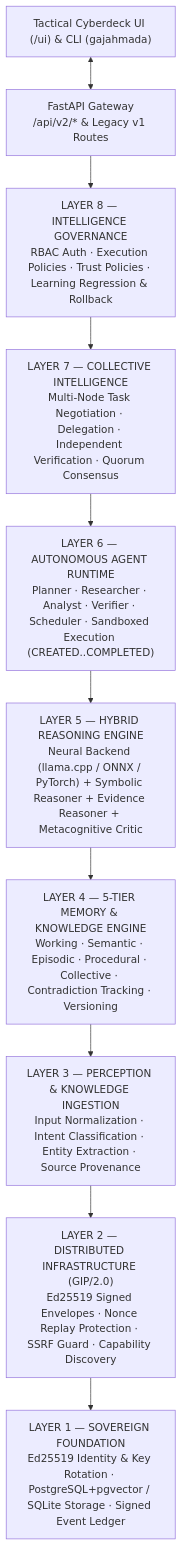
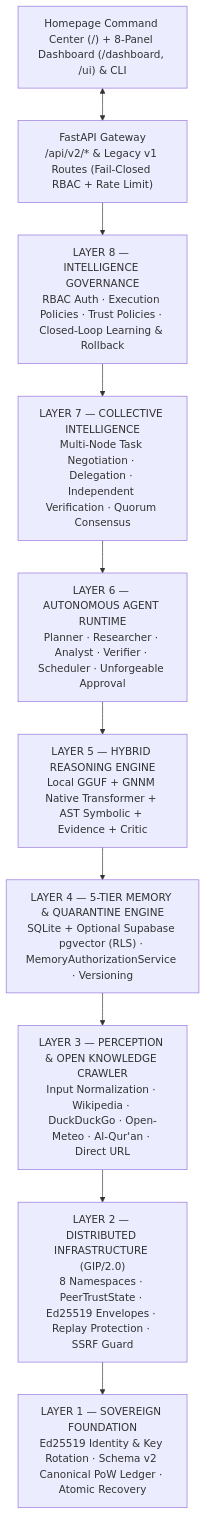
The diagram in README.md (hoed/gajahmada-ai), drawn with Mermaid before and after one commit. The commit also changed other lines of this file, not shown here.

````diff
--- a/README.md
+++ b/README.md
@@ -98,12 +98,12 @@
 ```mermaid
 flowchart TD
-    UI["Tactical Cyberdeck UI (/ui) & CLI (gajahmada)"] <--> API["FastAPI Gateway<br/>/api/v2/* & Legacy v1 Routes"]
-    API --> L8["LAYER 8 — INTELLIGENCE GOVERNANCE<br/>RBAC Auth · Execution Policies · Trust Policies · Learning Regression & Rollback"]
+    UI["Homepage Command Center (/) + 8-Panel Dashboard (/dashboard, /ui) & CLI"] <--> API["FastAPI Gateway<br/>/api/v2/* & Legacy v1 Routes (Fail-Closed RBAC + Rate Limit)"]
+    API --> L8["LAYER 8 — INTELLIGENCE GOVERNANCE<br/>RBAC Auth · Execution Policies · Trust Policies · Closed-Loop Learning & Rollback"]
     L8 --> L7["LAYER 7 — COLLECTIVE INTELLIGENCE<br/>Multi-Node Task Negotiation · Delegation · Independent Verification · Quorum Consensus"]
-    L7 --> L6["LAYER 6 — AUTONOMOUS AGENT RUNTIME<br/>Planner · Researcher · Analyst · Verifier · Scheduler · Sandboxed Execution (CREATED..COMPLETED)"]
-    L6 --> L5["LAYER 5 — HYBRID REASONING ENGINE<br/>Neural Backend (llama.cpp / ONNX / PyTorch) + Symbolic Reasoner + Evidence Reasoner + Metacognitive Critic"]
-    L5 --> L4["LAYER 4 — 5-TIER MEMORY & KNOWLEDGE ENGINE<br/>Working · Semantic · Episodic · Procedural · Collective · Contradiction Tracking · Versioning"]
-    L4 --> L3["LAYER 3 — PERCEPTION & KNOWLEDGE INGESTION<br/>Input Normalization · Intent Classification · Entity Extraction · Source Provenance"]
-    L3 --> L2["LAYER 2 — DISTRIBUTED INFRASTRUCTURE (GIP/2.0)<br/>Ed25519 Signed Envelopes · Nonce Replay Protection · SSRF Guard · Capability Discovery"]
-    L2 --> L1["LAYER 1 — SOVEREIGN FOUNDATION<br/>Ed25519 Identity & Key Rotation · PostgreSQL+pgvector / SQLite Storage · Signed Event Ledger"]
+    L7 --> L6["LAYER 6 — AUTONOMOUS AGENT RUNTIME<br/>Planner · Researcher · Analyst · Verifier · Scheduler · Unforgeable Approval"]
+    L6 --> L5["LAYER 5 — HYBRID REASONING ENGINE<br/>Local GGUF + GNNM Native Transformer + AST Symbolic + Evidence + Critic"]
+    L5 --> L4["LAYER 4 — 5-TIER MEMORY & QUARANTINE ENGINE<br/>SQLite + Optional Supabase pgvector (RLS) · MemoryAuthorizationService · Versioning"]
+    L4 --> L3["LAYER 3 — PERCEPTION & OPEN KNOWLEDGE CRAWLER<br/>Input Normalization · Wikipedia · DuckDuckGo · Open-Meteo · Al-Qur'an · Direct URL"]
+    L3 --> L2["LAYER 2 — DISTRIBUTED INFRASTRUCTURE (GIP/2.0)<br/>8 Namespaces · PeerTrustState · Ed25519 Envelopes · Replay Protection · SSRF Guard"]
+    L2 --> L1["LAYER 1 — SOVEREIGN FOUNDATION<br/>Ed25519 Identity & Key Rotation · Schema v2 Canonical PoW Ledger · Atomic Recovery"]
 ```
````
